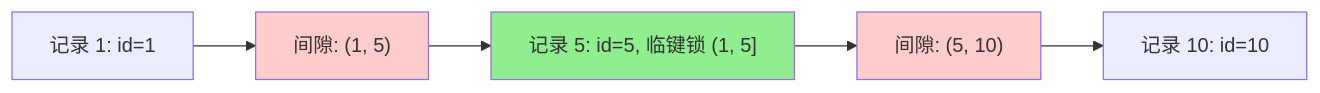
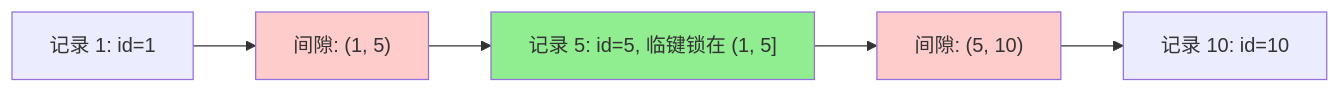
One commit to YiWang24/AiDIY changed the second of 3 diagrams in i18n/zh-Hans/docusaurus-plugin-content-docs/current/cs/database/mysql/locking.mdx. Above: the diagram before and after it, drawn with Mermaid. The commit also changed other lines of this file and 59 other files, not shown here.

````diff
--- a/i18n/zh-Hans/docusaurus-plugin-content-docs/current/cs/database/mysql/locking.mdx
+++ b/i18n/zh-Hans/docusaurus-plugin-content-docs/current/cs/database/mysql/locking.mdx
@@ -292,11 +294,11 @@
 ```mermaid
 graph LR
     A["记录 1: id=1"] --> B["间隙: (1, 5)"]
-    B --> C["记录 5: id=5, 临键锁 (1, 5]"]
+    B --> C["记录 5: id=5, 临键锁在 (1, 5]"]
     C --> D["间隙: (5, 10)"]
     D --> E["记录 10: id=10"]
 
     style B fill:#ffcccc
     style D fill:#ffcccc
     style C fill:#90EE90
 ```
````
